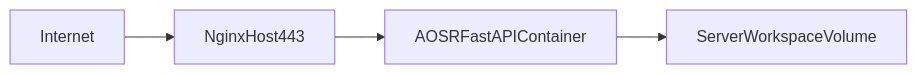
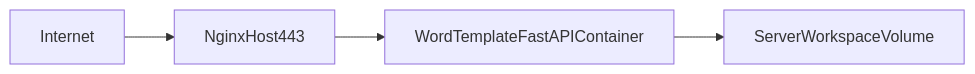
One commit to DanilKorotaev/word-template-generator changed the diagram in docs/DEPLOYMENT_SERVER_RU.md. Above: the diagram before and after it, drawn with Mermaid. The commit also changed other lines of this file and 23 other files, not shown here.

````diff
--- a/docs/DEPLOYMENT_SERVER_RU.md
+++ b/docs/DEPLOYMENT_SERVER_RU.md
@@ -23,6 +23,6 @@
 ```mermaid
 flowchart LR
     internet[Internet] --> nginx[NginxHost443]
-    nginx --> app[AOSRFastAPIContainer]
+    nginx --> app[WordTemplateFastAPIContainer]
     app --> serverFs[ServerWorkspaceVolume]
 ```
````
